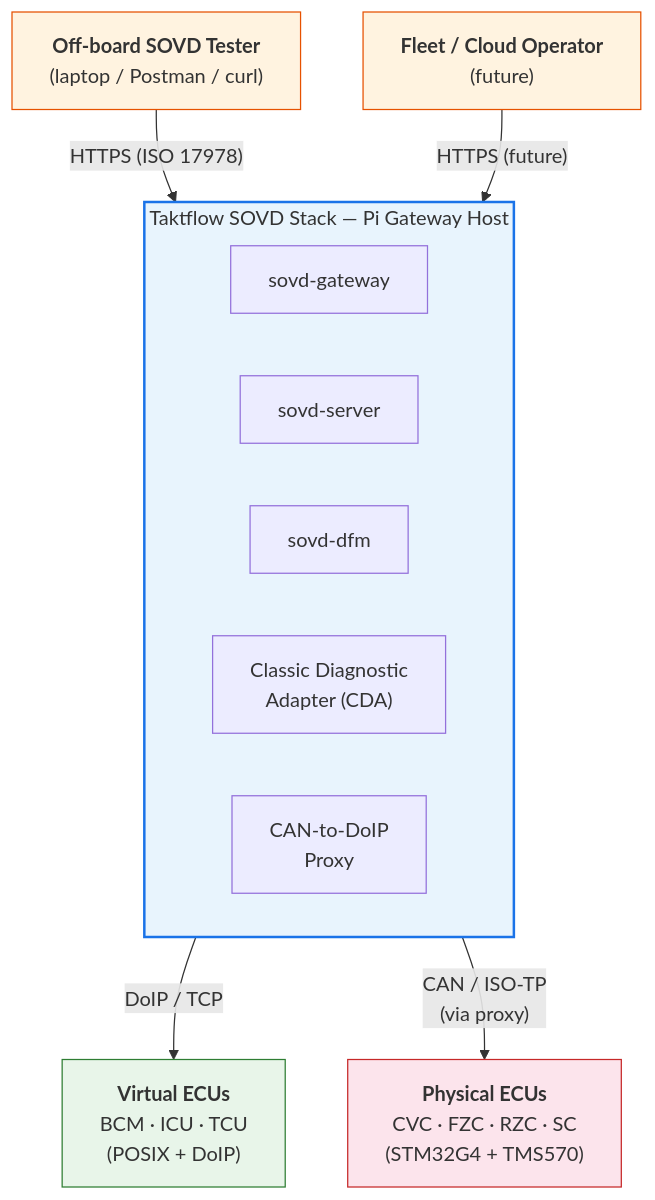
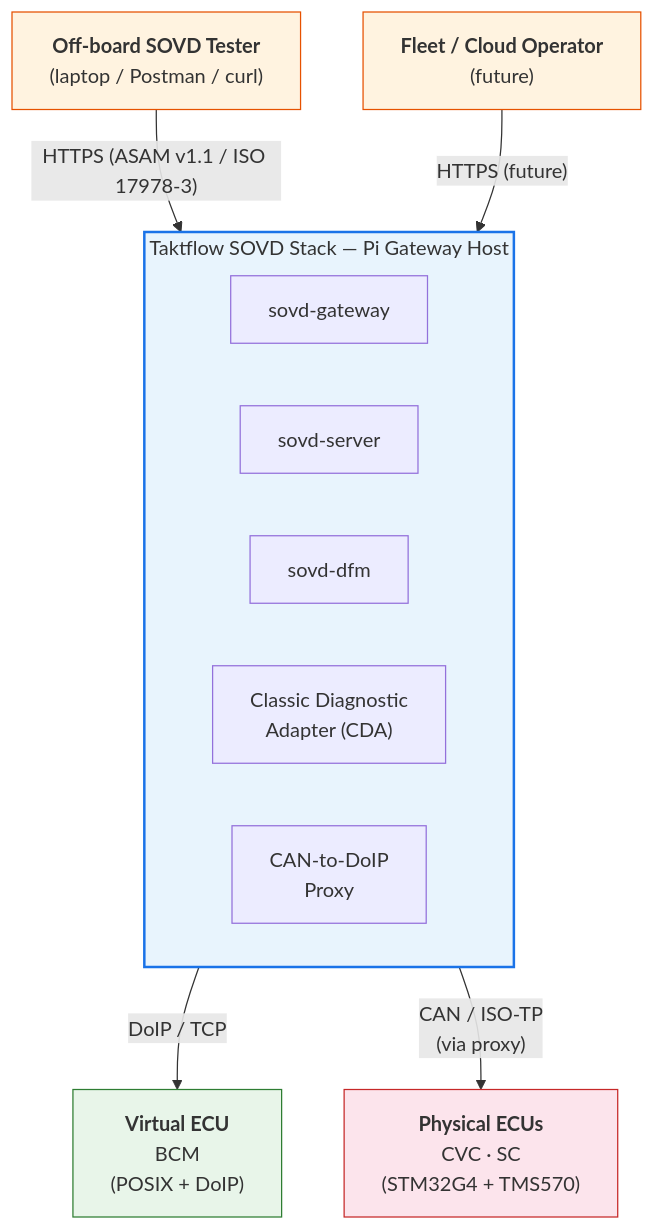
The first of 16 diagrams in docs/ARCHITECTURE.md (nhuvaoanh123/taktflow-opensovd), drawn with Mermaid before and after one commit. The commit also changed other lines of this file and 7 other files, not shown here.

````diff
--- a/docs/ARCHITECTURE.md
+++ b/docs/ARCHITECTURE.md
@@ -108,28 +129,28 @@
 ```mermaid
 graph TB
     T["<b>Off-board SOVD Tester</b><br/>(laptop / Postman / curl)"]
     F["<b>Fleet / Cloud Operator</b><br/>(future)"]
 
-    T -->|"HTTPS (ISO 17978)"| Stack
+    T -->|"HTTPS (ASAM v1.1 / ISO 17978-3)"| Stack
     F -->|"HTTPS (future)"| Stack
 
     subgraph Stack ["Taktflow SOVD Stack &mdash; Pi Gateway Host"]
         GW["sovd-gateway"]
         SRV["sovd-server"]
         DFM["sovd-dfm"]
         CDA["Classic Diagnostic<br/>Adapter (CDA)"]
         PROXY["CAN-to-DoIP<br/>Proxy"]
     end
 
     Stack -->|"DoIP / TCP"| VE
     Stack -->|"CAN / ISO-TP<br/>(via proxy)"| PE
 
-    VE["<b>Virtual ECUs</b><br/>BCM &middot; ICU &middot; TCU<br/>(POSIX + DoIP)"]
-    PE["<b>Physical ECUs</b><br/>CVC &middot; FZC &middot; RZC &middot; SC<br/>(STM32G4 + TMS570)"]
+    VE["<b>Virtual ECU</b><br/>BCM<br/>(POSIX + DoIP)"]
+    PE["<b>Physical ECUs</b><br/>CVC &middot; SC<br/>(STM32G4 + TMS570)"]
 
     style Stack fill:#e8f4fd,stroke:#1a73e8,stroke-width:2px
     style T fill:#fff3e0,stroke:#e65100
     style F fill:#fff3e0,stroke:#e65100
     style VE fill:#e8f5e9,stroke:#2e7d32
     style PE fill:#fce4ec,stroke:#c62828
 ```
````
